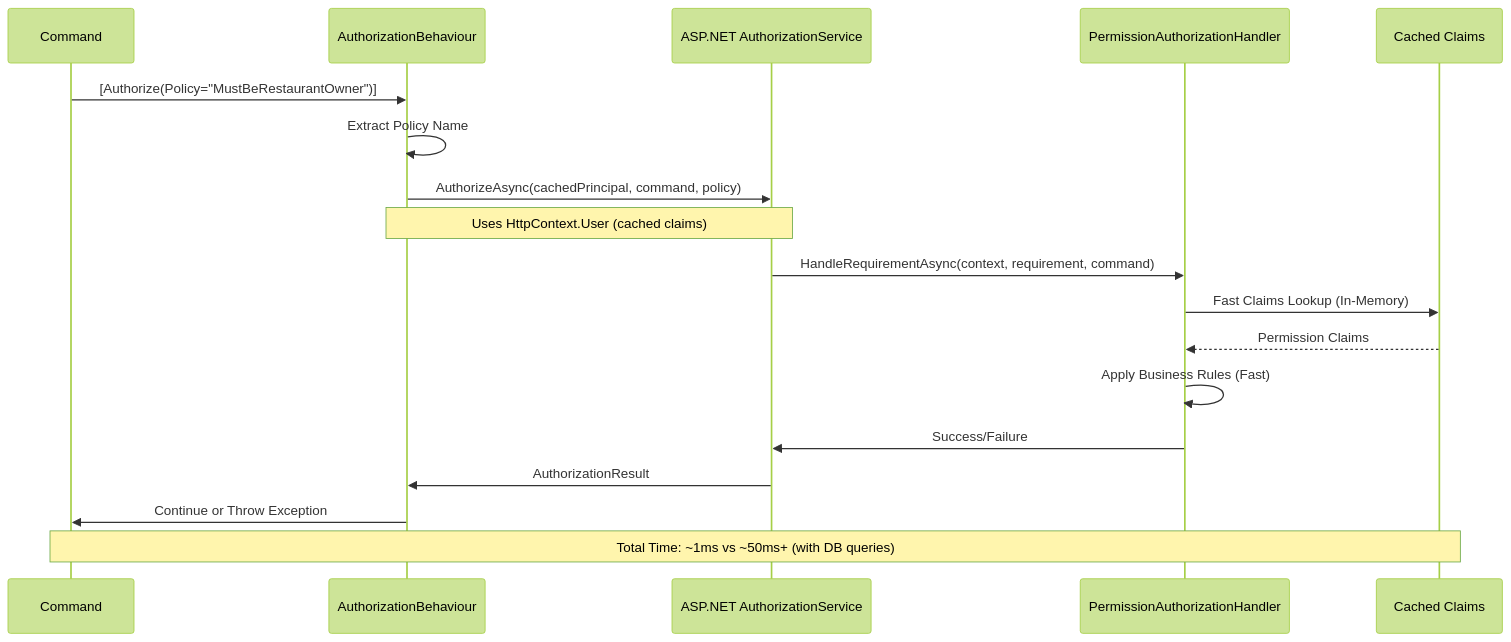
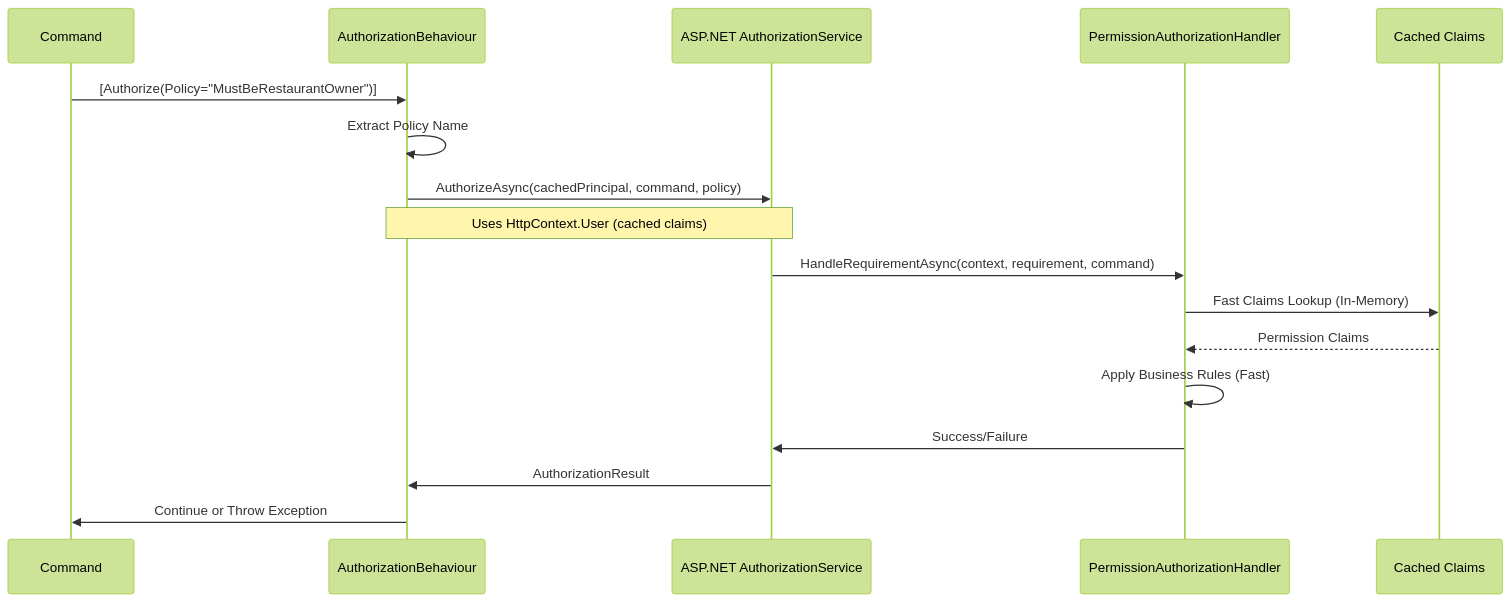
One commit to hoangvu1420/YummyZoom changed the fourth of 5 diagrams in Docs/Authorization-Flow-Diagram.md. Above: the diagram before and after it, drawn with Mermaid (forest theme). The commit also changed other lines of this file and 10 other files, not shown here.

````diff
--- a/Docs/Authorization-Flow-Diagram.md
+++ b/Docs/Authorization-Flow-Diagram.md
@@ -178,22 +176,20 @@
 ```mermaid
 sequenceDiagram
     participant C as Command
     participant AB as AuthorizationBehaviour
     participant AS as ASP.NET AuthorizationService
     participant PH as PermissionAuthorizationHandler
     participant CC as Cached Claims
     
     C->>AB: [Authorize(Policy="MustBeRestaurantOwner")]
     AB->>AB: Extract Policy Name
     AB->>AS: AuthorizeAsync(cachedPrincipal, command, policy)
     Note over AB,AS: Uses HttpContext.User (cached claims)
     AS->>PH: HandleRequirementAsync(context, requirement, command)
     PH->>CC: Fast Claims Lookup (In-Memory)
     CC-->>PH: Permission Claims
     PH->>PH: Apply Business Rules (Fast)
     PH->>AS: Success/Failure
     AS->>AB: AuthorizationResult
     AB->>C: Continue or Throw Exception
-    
-    Note over C,CC: Total Time: ~1ms vs ~50ms+ (with DB queries)
 ```
````
